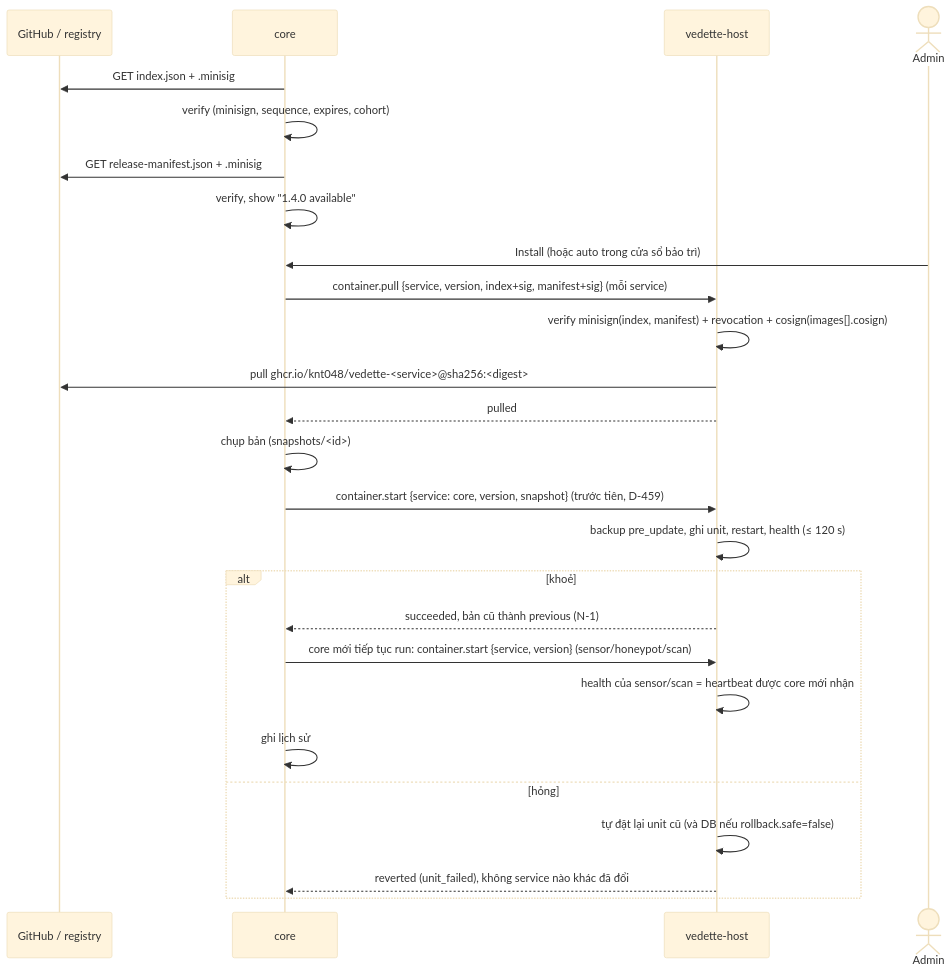
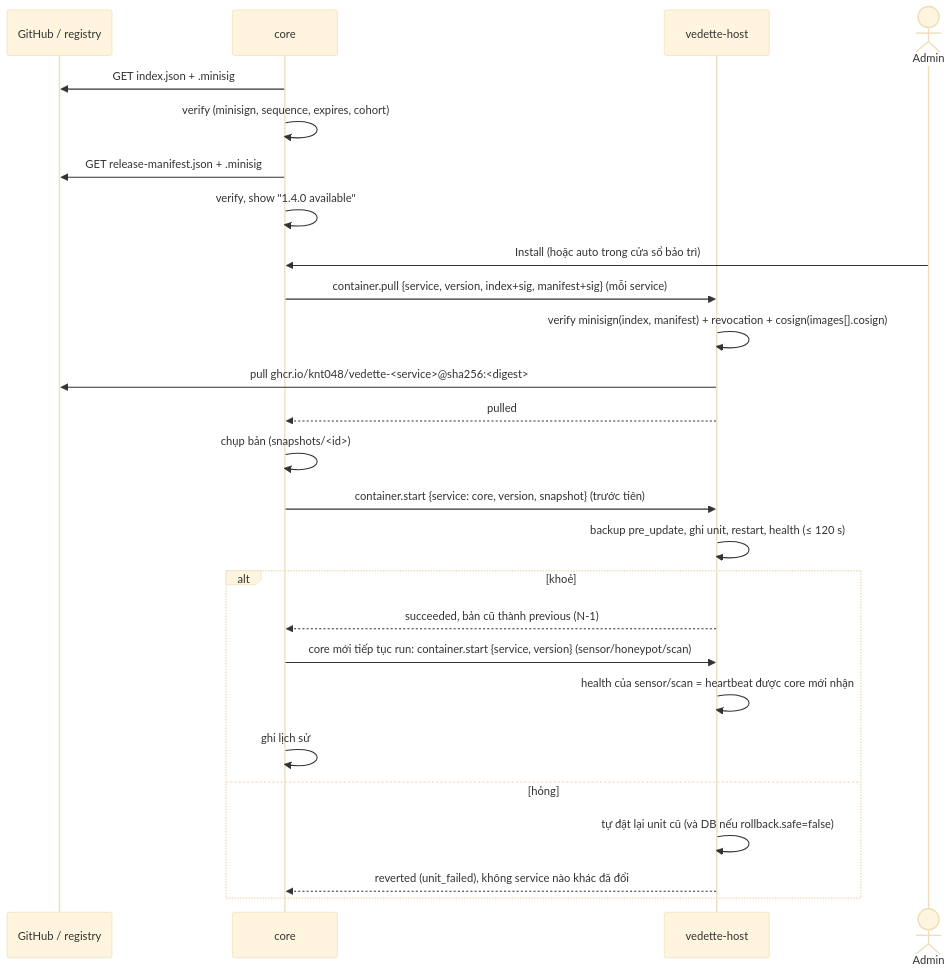
Before and after one commit to KNT048/vedette: the diagram in docs/specs/update-manifest.md, drawn with Mermaid (base theme). The commit also changed other lines of this file and 1907 other files, not shown here.

````diff
--- a/docs/specs/update-manifest.md
+++ b/docs/specs/update-manifest.md
@@ -142,28 +142,28 @@
 ```mermaid
 sequenceDiagram
     participant G as GitHub / registry
     participant C as core
     participant H as vedette-host
     actor A as Admin
     C->>G: GET index.json + .minisig
     C->>C: verify (minisign, sequence, expires, cohort)
     C->>G: GET release-manifest.json + .minisig
     C->>C: verify, show "1.4.0 available"
     A->>C: Install (hoặc auto trong cửa sổ bảo trì)
     C->>H: container.pull {service, version, index+sig, manifest+sig}  (mỗi service)
     H->>H: verify minisign(index, manifest) + revocation + cosign(images[].cosign)
     H->>G: pull ghcr.io/knt048/vedette-<service>@sha256:<digest>
     H-->>C: pulled
     C->>C: chụp bản (snapshots/<id>)
-    C->>H: container.start {service: core, version, snapshot} (trước tiên, D-459)
+    C->>H: container.start {service: core, version, snapshot} (trước tiên)
     H->>H: backup pre_update, ghi unit, restart, health (≤ 120 s)
     alt khoẻ
         H-->>C: succeeded, bản cũ thành previous (N-1)
         C->>H: core mới tiếp tục run: container.start {service, version} (sensor/honeypot/scan)
         H->>H: health của sensor/scan = heartbeat được core mới nhận
         C->>C: ghi lịch sử
     else hỏng
         H->>H: tự đặt lại unit cũ (và DB nếu rollback.safe=false)
         H-->>C: reverted (unit_failed), không service nào khác đã đổi
     end
 ```
````
